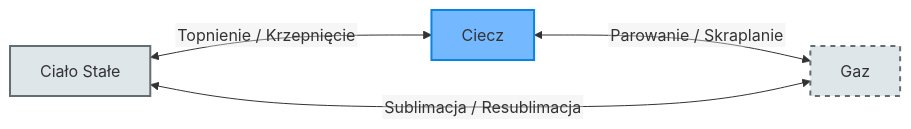
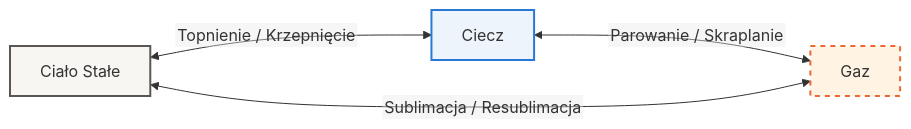
The diagram in Wyklady/04_Wlasciwosci_Substancji.qmd (moondec/Termodynamika), drawn with Mermaid before and after one commit. The commit also changed other lines of this file and 229 other files, not shown here.

````diff
--- a/Wyklady/04_Wlasciwosci_Substancji.qmd
+++ b/Wyklady/04_Wlasciwosci_Substancji.qmd
@@ -116,11 +140,11 @@
 ```{mermaid}
 %%{init: {'theme': 'default', 'htmlLabels': false, 'flowchart': {'htmlLabels': false, 'wrappingWidth': 400, 'subGraphTitleMargin': {'top': 6, 'bottom': 16}}, 'themeVariables': {'fontSize': '16px', 'fontFamily': 'Arial, Helvetica, sans-serif'}}}%%
 flowchart LR
     S[Ciało Stałe] <-->|Topnienie / Krzepnięcie| L[Ciecz]
     L <-->|Parowanie / Skraplanie| G[Gaz]
     S <-->|Sublimacja / Resublimacja| G
 
-    style S fill:#dfe6e9,stroke:#636e72,stroke-width:2px
-    style L fill:#74b9ff,stroke:#0984e3,stroke-width:2px
-    style G fill:#dfe6e9,stroke:#636e72,stroke-width:2px,stroke-dasharray: 5 5
+    style S fill:#f7f6f3,stroke:#5a5753,stroke-width:2px
+    style L fill:#eef4fb,stroke:#2a78d6,stroke-width:2px
+    style G fill:#fff4e3,stroke:#eb6834,stroke-width:2px,stroke-dasharray: 5 5
 ```
````
